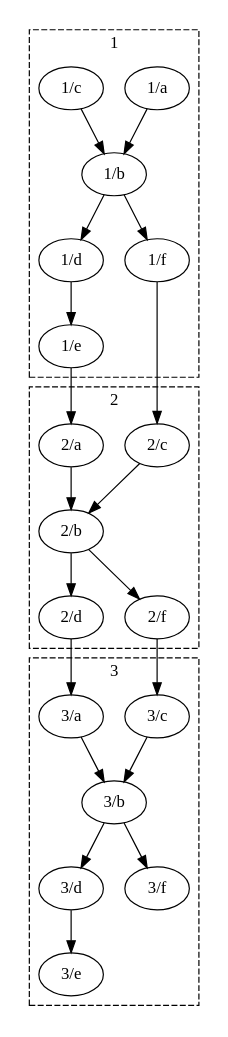
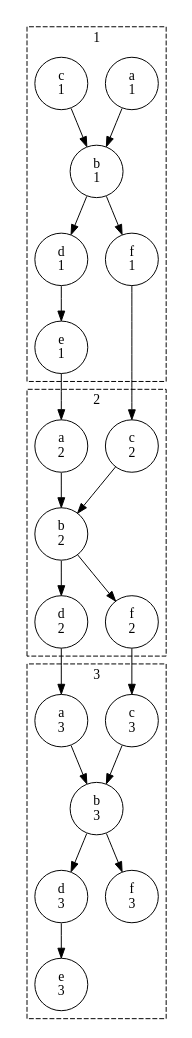
One commit to cylc/cylc-doc changed the fourth of 4 diagrams in src/tutorial/scheduling/integer-cycling.rst. Above: the diagram before and after it, drawn with Graphviz. The commit also changed other lines of this file, not shown here.

```diff
--- a/src/tutorial/scheduling/integer-cycling.rst
+++ b/src/tutorial/scheduling/integer-cycling.rst
@@ -528,51 +528,51 @@
       .. digraph:: example
         :align: center
 
          size = "4.5,7"
 
          subgraph cluster_1 {
              label = 1
              style = dashed
-             "1/a" [label="1/a"]
-             "1/b" [label="1/b"]
-             "1/d" [label="1/d"]
-             "1/f" [label="1/f"]
-             "1/c" [label="1/c"]
-             "1/e" [label="1/e"]
+             "1/a" [label="a\n1"]
+             "1/b" [label="b\n1"]
+             "1/d" [label="d\n1"]
+             "1/f" [label="f\n1"]
+             "1/c" [label="c\n1"]
+             "1/e" [label="e\n1"]
          }
 
          subgraph cluster_2 {
              label = 2
              style = dashed
-             "2/a" [label="2/a"]
-             "2/b" [label="2/b"]
-             "2/d" [label="2/d"]
-             "2/f" [label="2/f"]
-             "2/c" [label="2/c"]
+             "2/a" [label="a\n2"]
+             "2/b" [label="b\n2"]
+             "2/d" [label="d\n2"]
+             "2/f" [label="f\n2"]
+             "2/c" [label="c\n2"]
          }
 
          subgraph cluster_3 {
              label = 3
              style = dashed
-             "3/a" [label="3/a"]
-             "3/b" [label="3/b"]
-             "3/d" [label="3/d"]
-             "3/f" [label="3/f"]
-             "3/c" [label="3/c"]
-             "3/e" [label="3/e"]
+             "3/a" [label="a\n3"]
+             "3/b" [label="b\n3"]
+             "3/d" [label="d\n3"]
+             "3/f" [label="f\n3"]
+             "3/c" [label="c\n3"]
+             "3/e" [label="e\n3"]
          }
 
          "1/a" -> "1/b" -> "1/f"
          "1/b" -> "1/d"
          "1/c" -> "1/b"
          "2/a" -> "2/b" -> "2/f"
          "2/b" -> "2/d"
          "2/c" -> "2/b"
          "3/a" -> "3/b" -> "3/f"
          "3/b" -> "3/d"
          "3/c" -> "3/b"
          "1/d" -> "1/e" -> "2/a"
          "3/d" -> "3/e"
          "2/d" -> "3/a"
          "1/f" -> "2/c"
          "2/f" -> "3/c"
```
